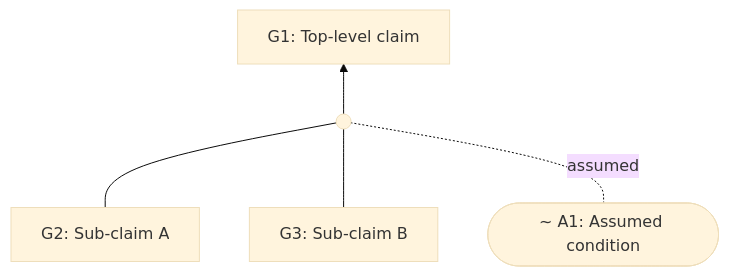
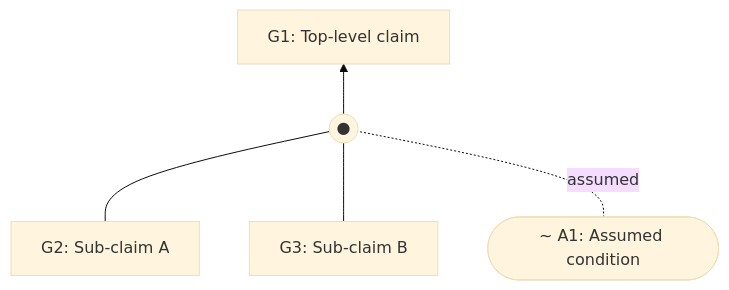
Diagram 18 of 19 in docs/sacm-mermaid.md (coreinfrastructure/best-practices-badge), drawn with Mermaid (base theme) before and after one commit. The commit also changed other lines of this file, not shown here.

````diff
--- a/docs/sacm-mermaid.md
+++ b/docs/sacm-mermaid.md
@@ -670,13 +670,13 @@
 ```mermaid
 flowchart BT
     G2["G2: Sub-claim A"]
     G3["G3: Sub-claim B"]
     A1(["~ A1: Assumed condition"])
-    Inf1((" "))
+    Inf1(("●"))
     G1["G1: Top-level claim"]
 
     G2 --- Inf1
     G3 --- Inf1
     A1 -. "assumed" .- Inf1
     Inf1 --> G1
 ```
````
